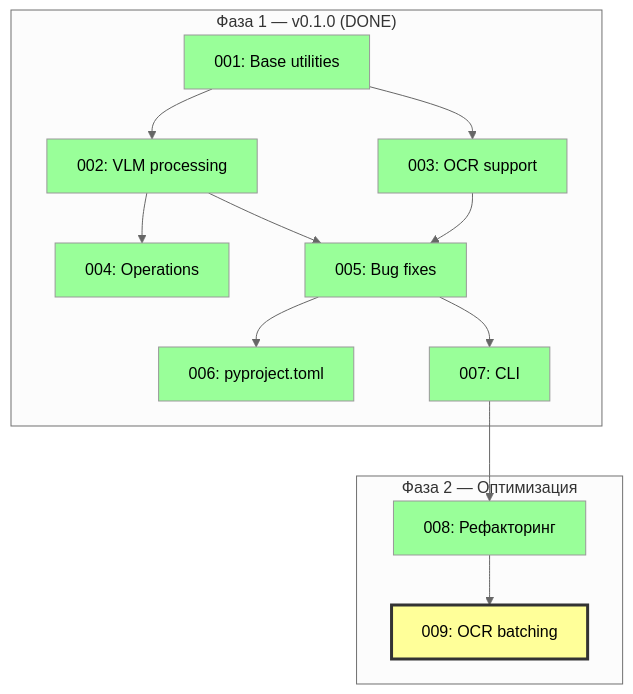
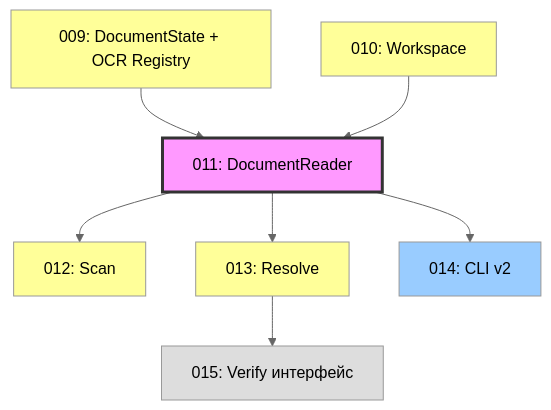
One commit to Dieugene/vlm-ocr-doc-reader changed the diagram in 00_docs/architecture/implementation_plan.md. Above: the diagram before and after it, drawn with Mermaid (neutral theme). The commit also changed other lines of this file and 4 other files, not shown here.

First line of the commit message:
Apply ADR 001: Resolution Levels, DocumentReader, Workspace

````diff
--- a/00_docs/architecture/implementation_plan.md
+++ b/00_docs/architecture/implementation_plan.md
@@ -147,27 +80,17 @@
 ```mermaid
 graph TD
-    subgraph "Фаза 1 — v0.1.0 (DONE)"
-        Z1[001: Base utilities] --> Z2[002: VLM processing]
-        Z1 --> Z3[003: OCR support]
-        Z2 --> Z4[004: Operations]
-        Z2 --> Z5[005: Bug fixes]
-        Z3 --> Z5
-        Z5 --> Z6[006: pyproject.toml]
-        Z5 --> Z7[007: CLI]
-    end
+    Z9[009: DocumentState + OCR Registry] --> Z11[011: DocumentReader]
+    Z10[010: Workspace] --> Z11
+    Z11 --> Z12[012: Scan]
+    Z11 --> Z13[013: Resolve]
+    Z11 --> Z14[014: CLI v2]
+    Z13 --> Z15[015: Verify интерфейс]
 
-    subgraph "Фаза 2 — Оптимизация"
-        Z7 --> Z8[008: Рефакторинг]
-        Z8 --> Z9[009: OCR batching]
-    end
-
-    style Z1 fill:#9f9
-    style Z2 fill:#9f9
-    style Z3 fill:#9f9
-    style Z4 fill:#9f9
-    style Z5 fill:#9f9
-    style Z6 fill:#9f9
-    style Z7 fill:#9f9
-    style Z8 fill:#9f9
-    style Z9 fill:#ff9,stroke:#333,stroke-width:3px
+    style Z9 fill:#ff9
+    style Z10 fill:#ff9
+    style Z11 fill:#f9f,stroke:#333,stroke-width:3px
+    style Z12 fill:#ff9
+    style Z13 fill:#ff9
+    style Z14 fill:#9cf
+    style Z15 fill:#ddd
 ```
````
